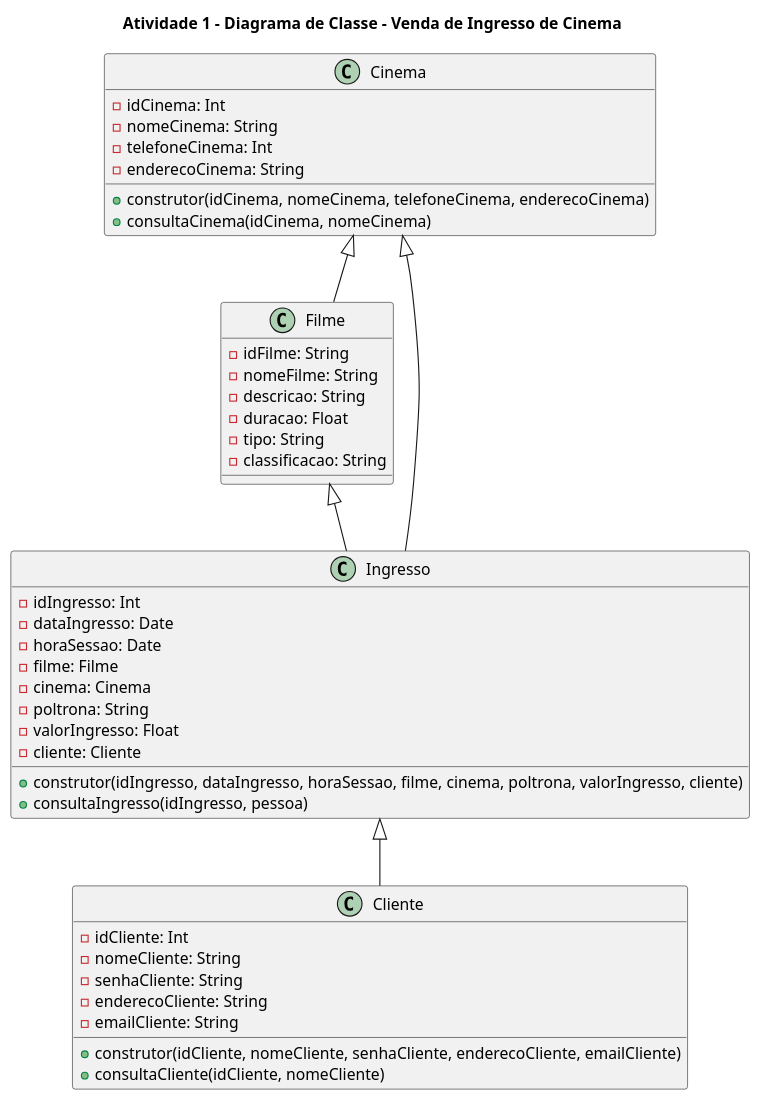
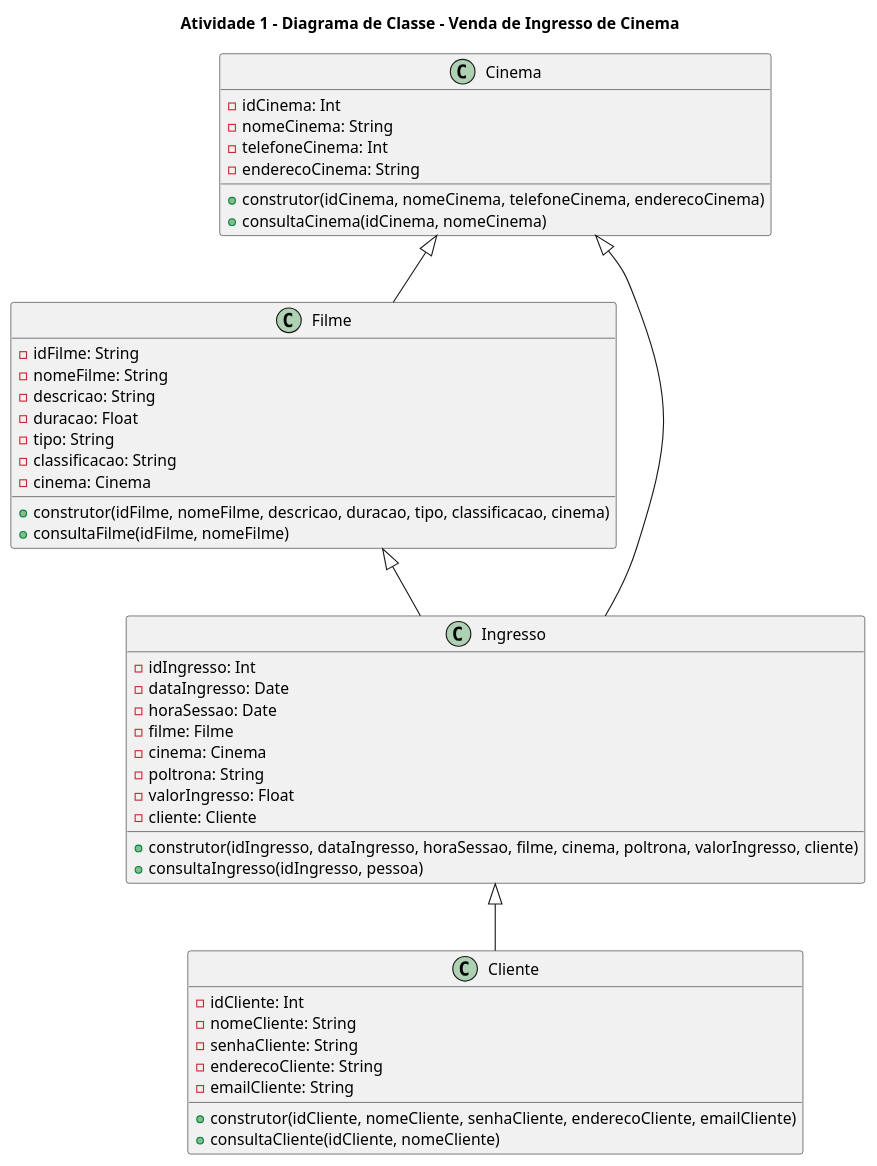
The diagram in Modelagem/Clientes.plantuml (anleaes/2023-1-N1-POO-09), drawn with PlantUML before and after one commit.

Commit message:
Resto
construtor
consulta

```diff
--- a/Modelagem/Clientes.plantuml
+++ b/Modelagem/Clientes.plantuml
@@ -2,54 +2,57 @@
 @startuml A1
 
 title Atividade 1 - Diagrama de Classe - Venda de Ingresso de Cinema
 
 
     class Cliente{
     - idCliente: Int
     - nomeCliente: String
     - senhaCliente: String 
     - enderecoCliente: String
     - emailCliente: String
     + construtor(idCliente, nomeCliente, senhaCliente, enderecoCliente, emailCliente)
     + consultaCliente(idCliente, nomeCliente)
 }
 
 class Cinema{
     - idCinema: Int
     - nomeCinema: String
     - telefoneCinema: Int
     - enderecoCinema: String
     + construtor(idCinema, nomeCinema, telefoneCinema, enderecoCinema)
     + consultaCinema(idCinema, nomeCinema)
 }
 
 class Filme{
     - idFilme: String
     - nomeFilme: String
     - descricao: String
     - duracao: Float
     - tipo: String
     - classificacao: String
+    - cinema: Cinema
+    + construtor(idFilme, nomeFilme, descricao, duracao, tipo, classificacao, cinema)
+    + consultaFilme(idFilme, nomeFilme)
 }
 
 class Ingresso{
     - idIngresso: Int
     - dataIngresso: Date
     - horaSessao: Date
     - filme: Filme
     - cinema: Cinema
     - poltrona: String
     - valorIngresso: Float
     - cliente: Cliente
     + construtor(idIngresso, dataIngresso, horaSessao, filme, cinema, poltrona, valorIngresso, cliente)
     + consultaIngresso(idIngresso, pessoa)
 }
 
 
 
 Ingresso <|-- Cliente
 Filme <|-- Ingresso
 Cinema <|-- Ingresso
 Cinema <|-- Filme
 
 @enduml
```
